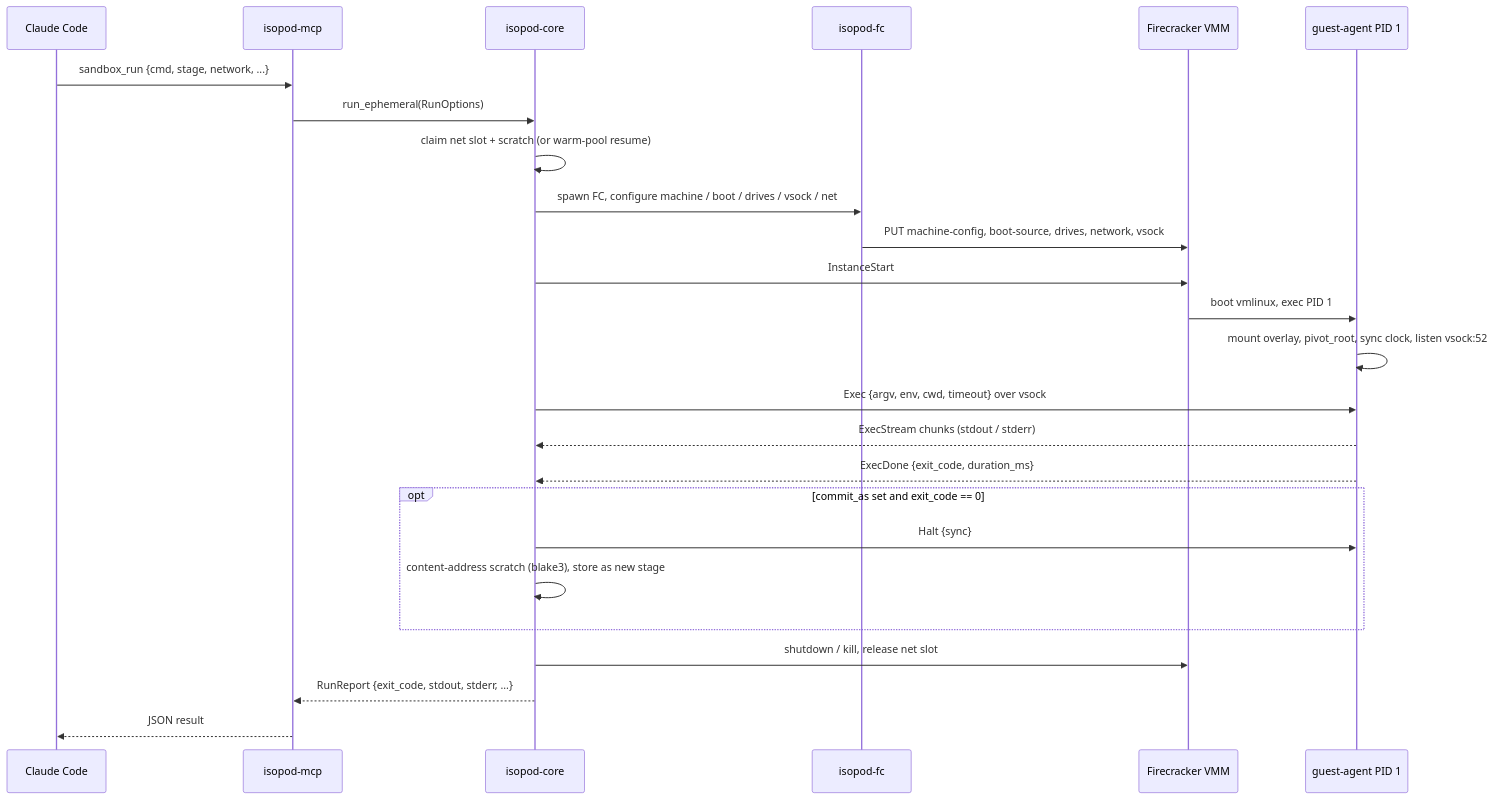
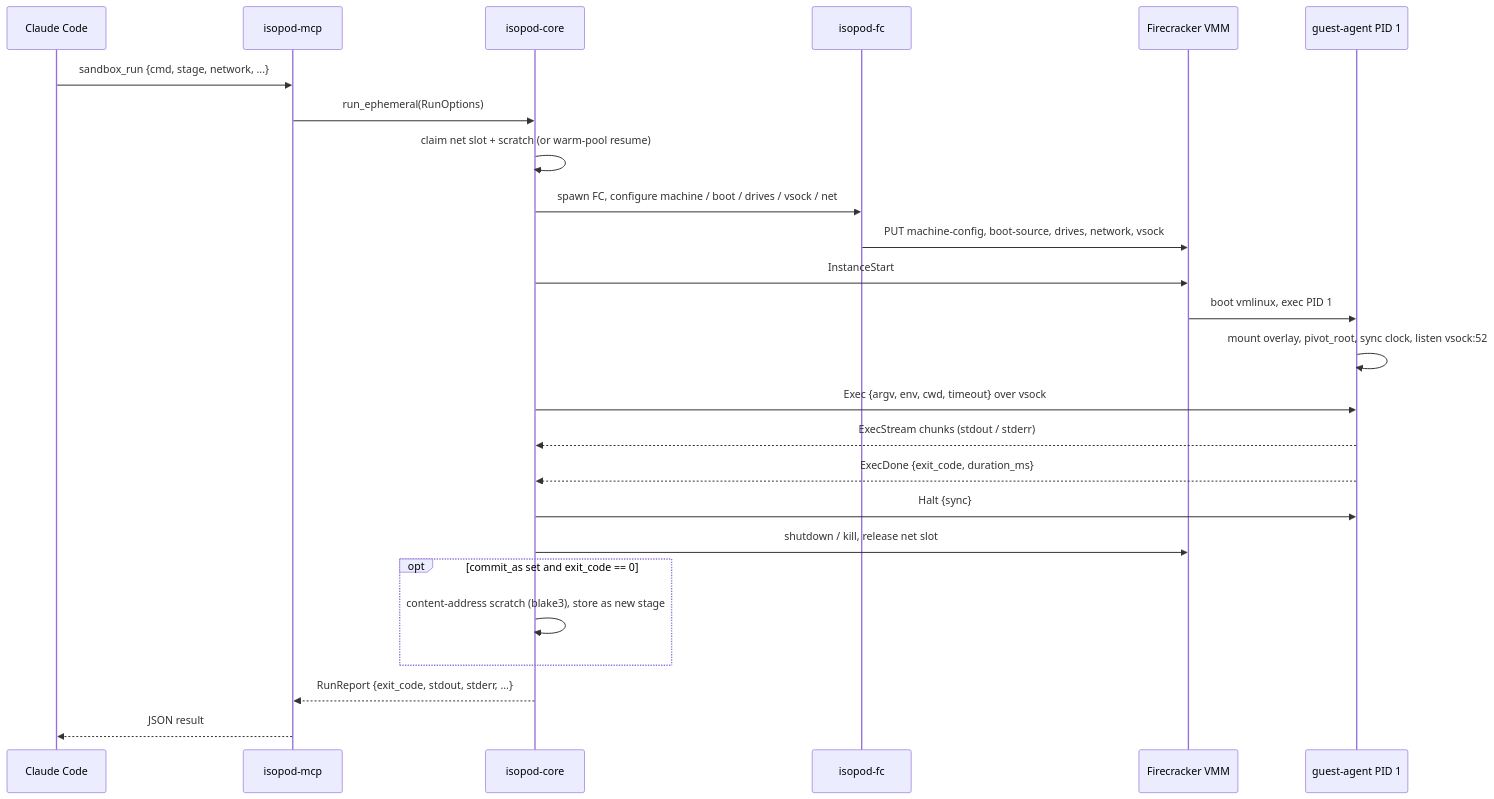
Before and after one commit to me1iissa/isopod: the second of 5 diagrams in README.md, drawn with Mermaid. The commit also changed 4 other files, not shown here.

First line of the commit message:
docs: add Mermaid diagrams where they replace prose, not decorate it

````diff
--- a/README.md
+++ b/README.md
@@ -123,28 +123,28 @@
 ```mermaid
 sequenceDiagram
     participant CC as Claude Code
     participant MCP as isopod-mcp
     participant Core as isopod-core
     participant FcCli as isopod-fc
     participant FC as Firecracker VMM
     participant Guest as guest-agent PID 1
 
     CC->>MCP: sandbox_run {cmd, stage, network, ...}
     MCP->>Core: run_ephemeral(RunOptions)
     Core->>Core: claim net slot + scratch (or warm-pool resume)
     Core->>FcCli: spawn FC, configure machine / boot / drives / vsock / net
     FcCli->>FC: PUT machine-config, boot-source, drives, network, vsock
     Core->>FC: InstanceStart
     FC->>Guest: boot vmlinux, exec PID 1
     Guest->>Guest: mount overlay, pivot_root, sync clock, listen vsock:52
     Core->>Guest: Exec {argv, env, cwd, timeout} over vsock
     Guest-->>Core: ExecStream chunks (stdout / stderr)
     Guest-->>Core: ExecDone {exit_code, duration_ms}
+    Core->>Guest: Halt {sync}
+    Core->>FC: shutdown / kill, release net slot
     opt commit_as set and exit_code == 0
-        Core->>Guest: Halt {sync}
         Core->>Core: content-address scratch (blake3), store as new stage
     end
-    Core->>FC: shutdown / kill, release net slot
     Core-->>MCP: RunReport {exit_code, stdout, stderr, ...}
     MCP-->>CC: JSON result
 ```
````
